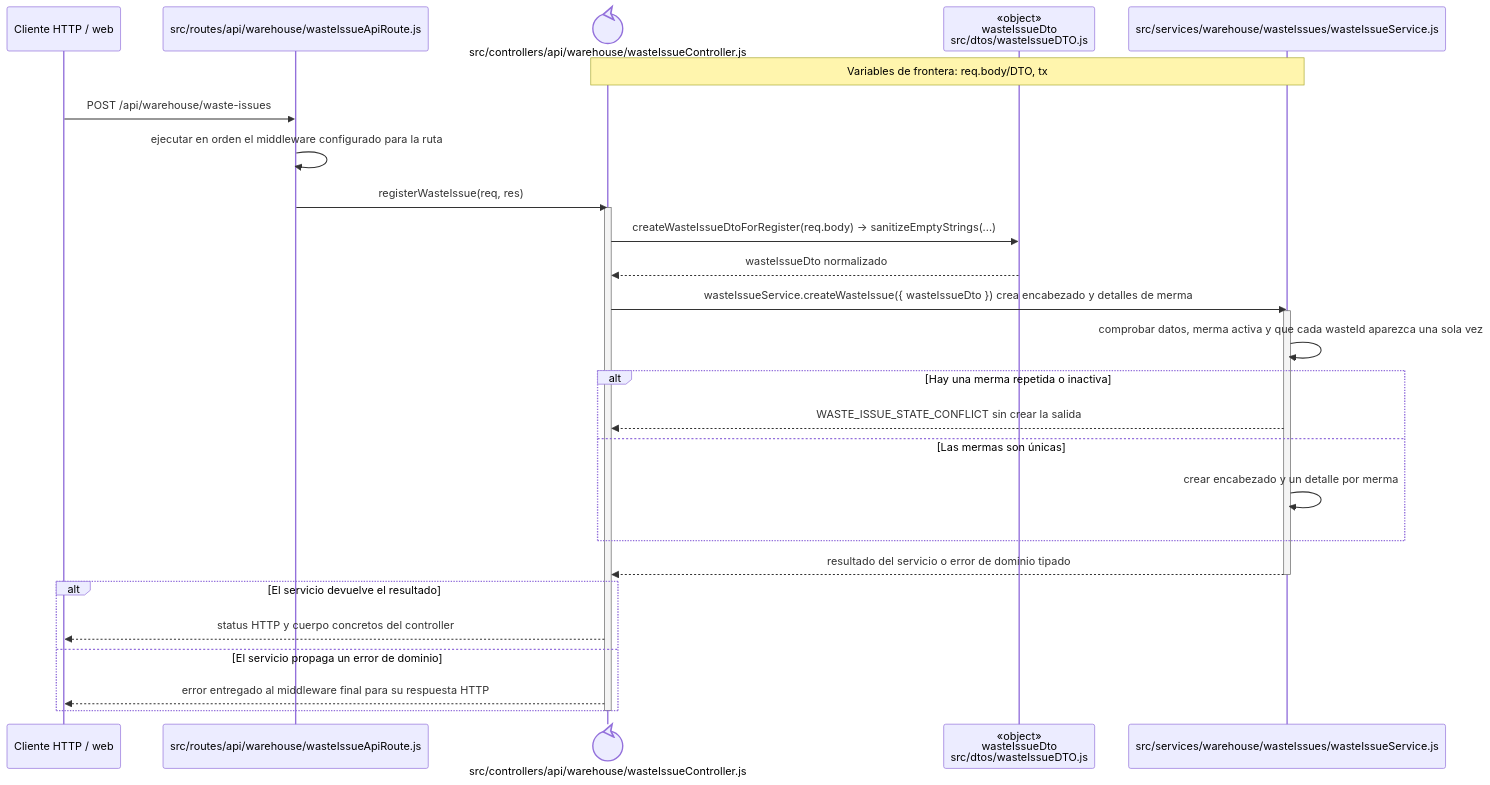
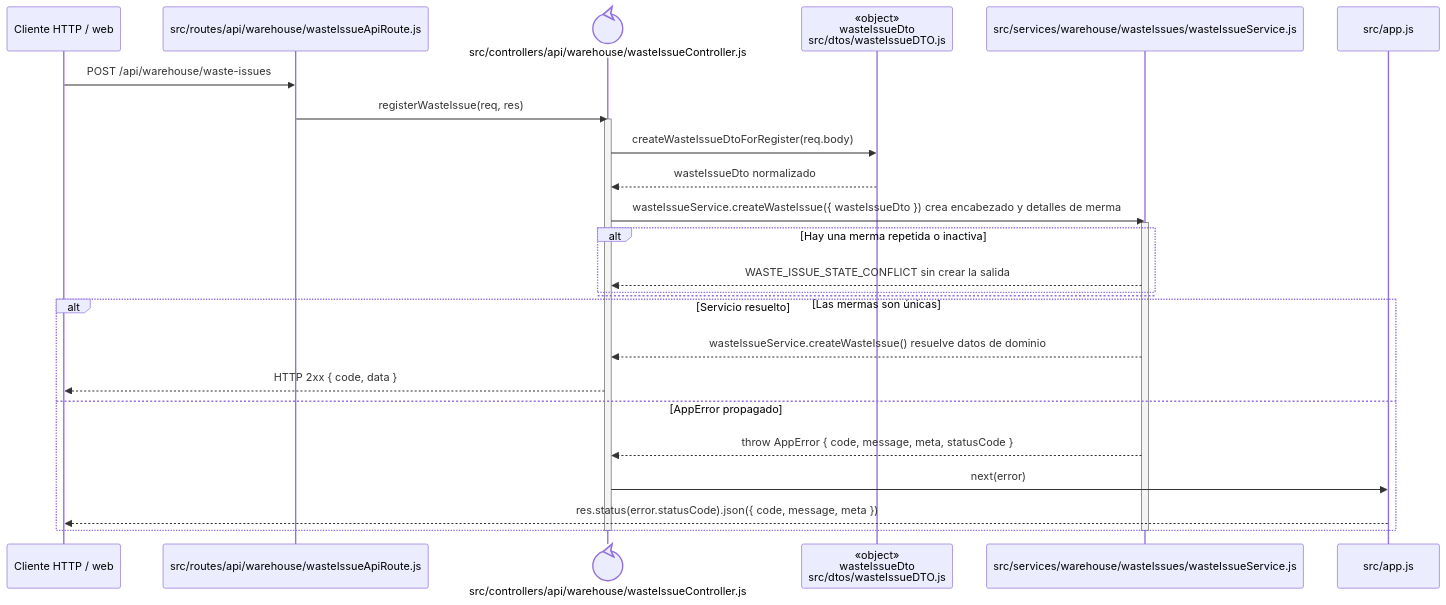
Before and after one commit to gpgsistemas01/nexus: the diagram in docs/architecture/backend-code-sequences/issues/cu-sal-09.md, drawn with Mermaid. The commit also changed 148 other files, not shown here.

````diff
--- a/docs/architecture/backend-code-sequences/issues/cu-sal-09.md
+++ b/docs/architecture/backend-code-sequences/issues/cu-sal-09.md
@@ -6,32 +6,31 @@
 ```mermaid
 sequenceDiagram
     participant Client as Cliente HTTP / web
     participant Route as src/routes/api/warehouse/wasteIssueApiRoute.js
     participant Controller@{ "type": "control" } as src/controllers/api/warehouse/wasteIssueController.js
     participant IssueDto as «object»<br/>wasteIssueDto<br/>src/dtos/wasteIssueDTO.js
     participant Domain as src/services/warehouse/wasteIssues/wasteIssueService.js
-    Note over Controller,Domain: Variables de frontera: req.body/DTO, tx
+    participant ErrorHandler as src/app.js
 
     Client->>Route: POST /api/warehouse/waste-issues
-    Route->>Route: ejecutar en orden el middleware configurado para la ruta
     Route->>Controller: registerWasteIssue(req, res)
     activate Controller
-    Controller->>IssueDto: createWasteIssueDtoForRegister(req.body) → sanitizeEmptyStrings(...)
+    Controller->>IssueDto: createWasteIssueDtoForRegister(req.body)
     IssueDto-->>Controller: wasteIssueDto normalizado
     Controller->>Domain: wasteIssueService.createWasteIssue({ wasteIssueDto }) crea encabezado y detalles de merma
     activate Domain
-    Domain->>Domain: comprobar datos, merma activa y que cada wasteId aparezca una sola vez
     alt Hay una merma repetida o inactiva
         Domain-->>Controller: WASTE_ISSUE_STATE_CONFLICT sin crear la salida
     else Las mermas son únicas
-        Domain->>Domain: crear encabezado y un detalle por merma
     end
-    Domain-->>Controller: resultado del servicio o error de dominio tipado
+    alt Servicio resuelto
+        Domain-->>Controller: wasteIssueService.createWasteIssue() resuelve datos de dominio
+        Controller-->>Client: HTTP 2xx { code, data }
+    else AppError propagado
+        Domain-->>Controller: throw AppError { code, message, meta, statusCode }
+        Controller->>ErrorHandler: next(error)
+        ErrorHandler-->>Client: res.status(error.statusCode).json({ code, message, meta })
+    end
     deactivate Domain
-    alt El servicio devuelve el resultado
-        Controller-->>Client: status HTTP y cuerpo concretos del controller
-    else El servicio propaga un error de dominio
-        Controller-->>Client: error entregado al middleware final para su respuesta HTTP
-    end
     deactivate Controller
 ```
````
